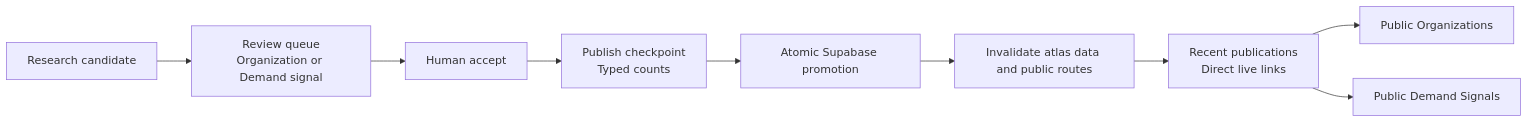
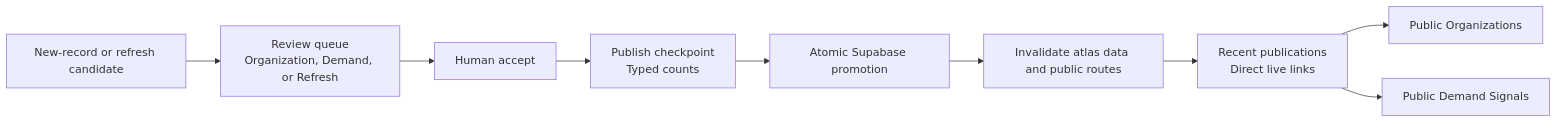
The sixth of 6 diagrams in context/governance/Autonomous Ecosystem Research Pipeline.md (AndDavies/ecosystem_intelligence), drawn with Mermaid before and after one commit. The commit also changed other lines of this file and 72 other files, not shown here.

Commit message:
feat: complete review-first signal refresh workflow

````diff
--- a/context/governance/Autonomous Ecosystem Research Pipeline.md
+++ b/context/governance/Autonomous Ecosystem Research Pipeline.md
@@ -153,11 +184,11 @@
 ```mermaid
 flowchart LR
-  R["Research candidate"] --> Q["Review queue\nOrganization or Demand signal"]
+  R["New-record or refresh candidate"] --> Q["Review queue\nOrganization, Demand, or Refresh"]
   Q --> A["Human accept"]
   A --> P["Publish checkpoint\nTyped counts"]
   P --> DB["Atomic Supabase promotion"]
   DB --> C["Invalidate atlas data and public routes"]
   C --> L["Recent publications\nDirect live links"]
   L --> O["Public Organizations"]
   L --> D["Public Demand Signals"]
 ```
````
